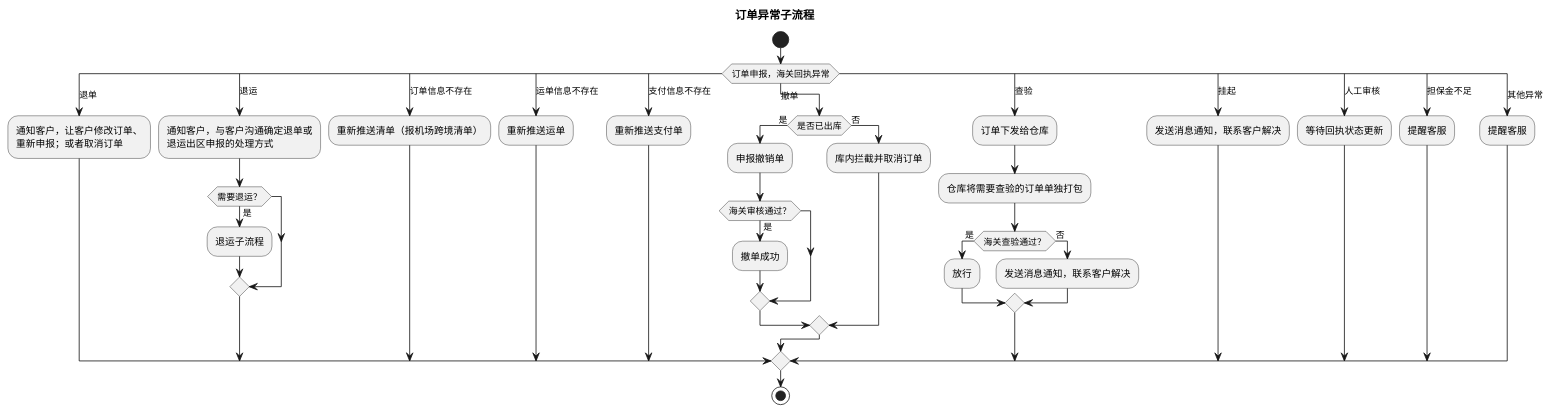
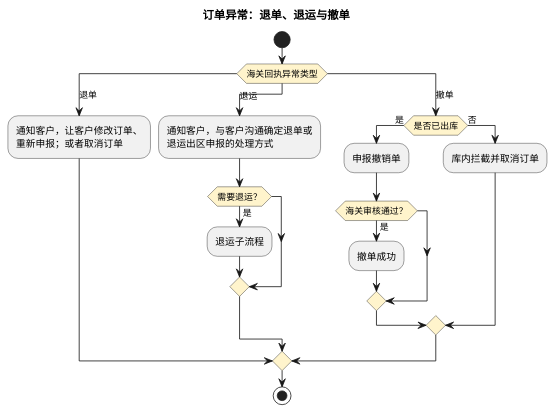
One commit to jack888332/projects-doc changed the first of 7 diagrams in product-caliber/goldjet/segmented-prd/mainflow/PRD.高捷物流系统一期.主流程.09.异常处理流程.md. Above: the diagram before and after it, drawn with PlantUML. The commit also changed other lines of this file and 20 other files, not shown here.

Commit message:
优化流程表对应的DLS图

````diff
--- a/product-caliber/goldjet/segmented-prd/mainflow/PRD.高捷物流系统一期.主流程.09.异常处理流程.md
+++ b/product-caliber/goldjet/segmented-prd/mainflow/PRD.高捷物流系统一期.主流程.09.异常处理流程.md
@@ -10,47 +12,26 @@
 ```plantuml
-@startuml
-title 订单异常子流程
+@startuml goldjet-mainflow-09-9648187c-01
+skinparam activityDiamondBackgroundColor #FFF4CC
+title 订单异常：退单、退运与撤单
 start
-switch (订单申报，海关回执异常)
+switch (海关回执异常类型)
 case (退单)
   :通知客户，让客户修改订单、\n重新申报；或者取消订单;
 case (退运)
   :通知客户，与客户沟通确定退单或\n退运出区申报的处理方式;
   if (需要退运？) then (是)
     :退运子流程;
   endif
-case (订单信息不存在)
-  :重新推送清单（报机场跨境清单）;
-case (运单信息不存在)
-  :重新推送运单;
-case (支付信息不存在)
-  :重新推送支付单;
 case (撤单)
   if (是否已出库) then (是)
     :申报撤销单;
     if (海关审核通过？) then (是)
       :撤单成功;
     endif
   else (否)
     :库内拦截并取消订单;
   endif
-case (查验)
-  :订单下发给仓库;
-  :仓库将需要查验的订单单独打包;
-  if (海关查验通过？) then (是)
-    :放行;
-  else (否)
-    :发送消息通知，联系客户解决;
-  endif
-case (挂起)
-  :发送消息通知，联系客户解决;
-case (人工审核)
-  :等待回执状态更新;
-case (担保金不足)
-  :提醒客服;
-case (其他异常)
-  :提醒客服;
 endswitch
 stop
 @enduml
 ```
````
